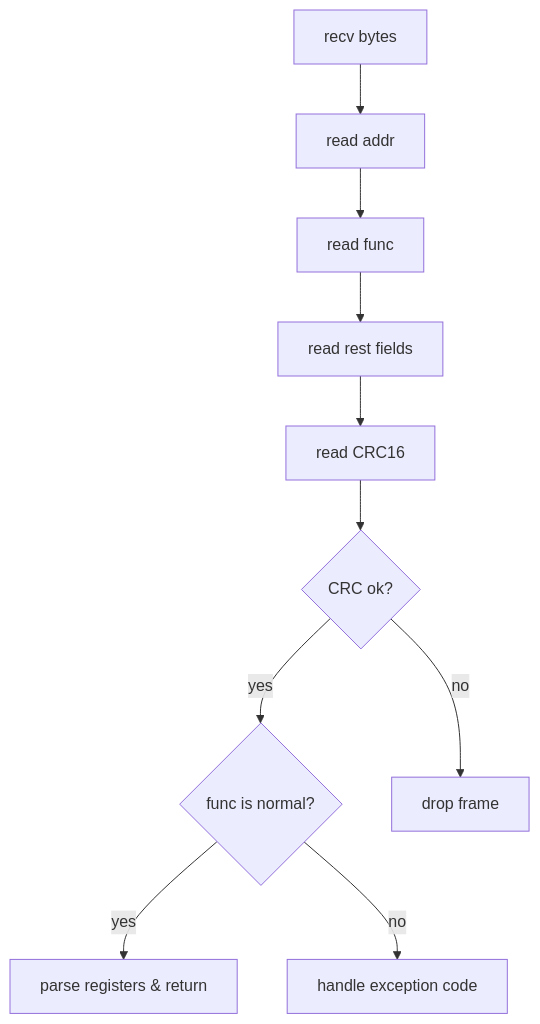
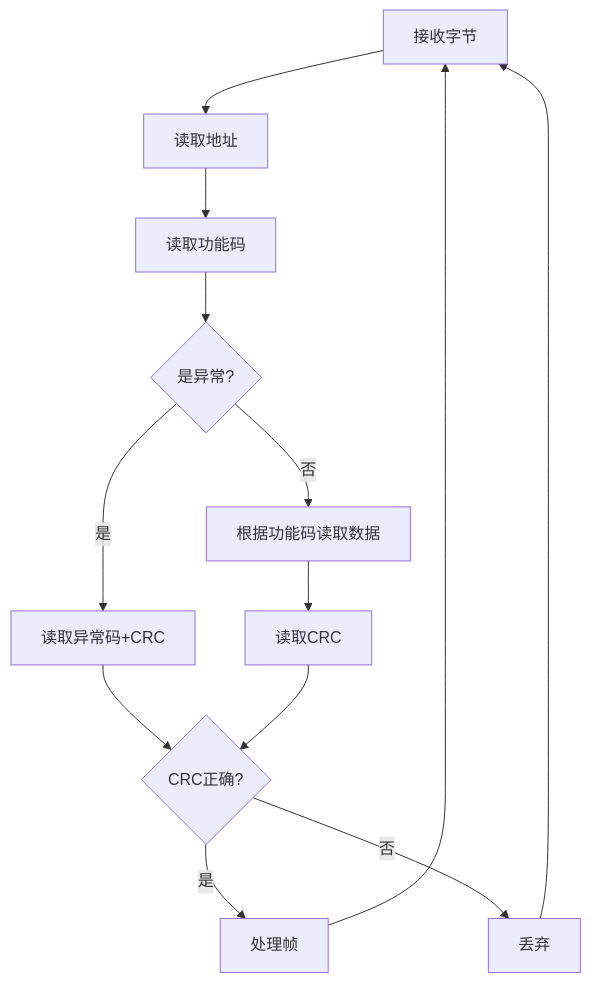
Before and after one commit to dswcpp/resume-system: the second of 2 diagrams in doc/interview_prep/Modbus详解.md, drawn with Mermaid. The commit also changed other lines of this file and 24 other files, not shown here.

````diff
--- a/doc/interview_prep/Modbus详解.md
+++ b/doc/interview_prep/Modbus详解.md
@@ -26,12 +434,15 @@
 ```mermaid
 flowchart TD
-    A[recv bytes] --> B[read addr]
-    B --> C[read func]
-    C --> D[read rest fields]
-    D --> E[read CRC16]
-    E --> F{CRC ok?}
-    F -- yes --> G{func is normal?}
-    G -- yes --> H[parse registers & return]
-    G -- no --> I[handle exception code]
-    F -- no --> J[drop frame]
+    A[接收字节] --> B[读取地址]
+    B --> C[读取功能码]
+    C --> D{是异常?}
+    D -- 是 --> E[读取异常码+CRC]
+    D -- 否 --> F[根据功能码读取数据]
+    F --> G[读取CRC]
+    E --> H{CRC正确?}
+    G --> H
+    H -- 是 --> I[处理帧]
+    H -- 否 --> J[丢弃]
+    I --> A
+    J --> A
 ```
````
